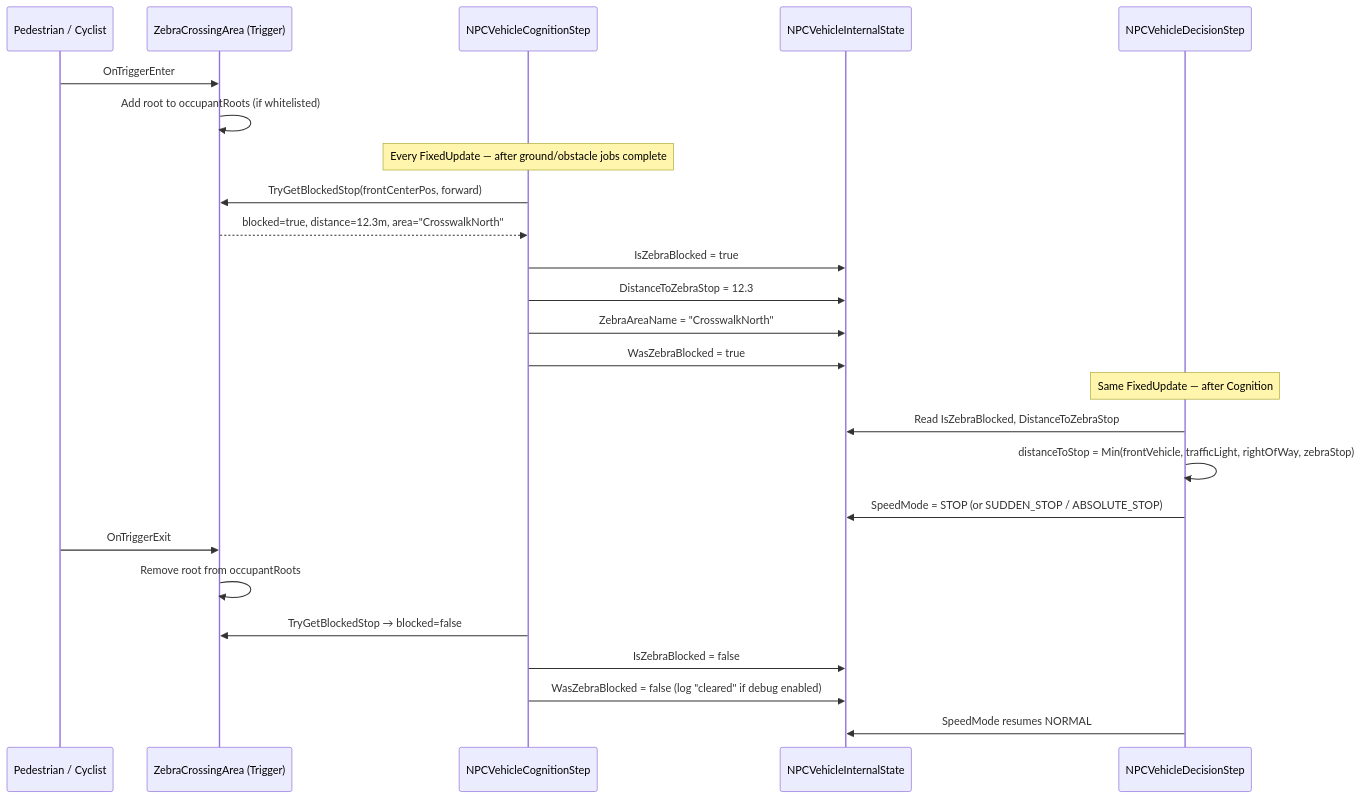
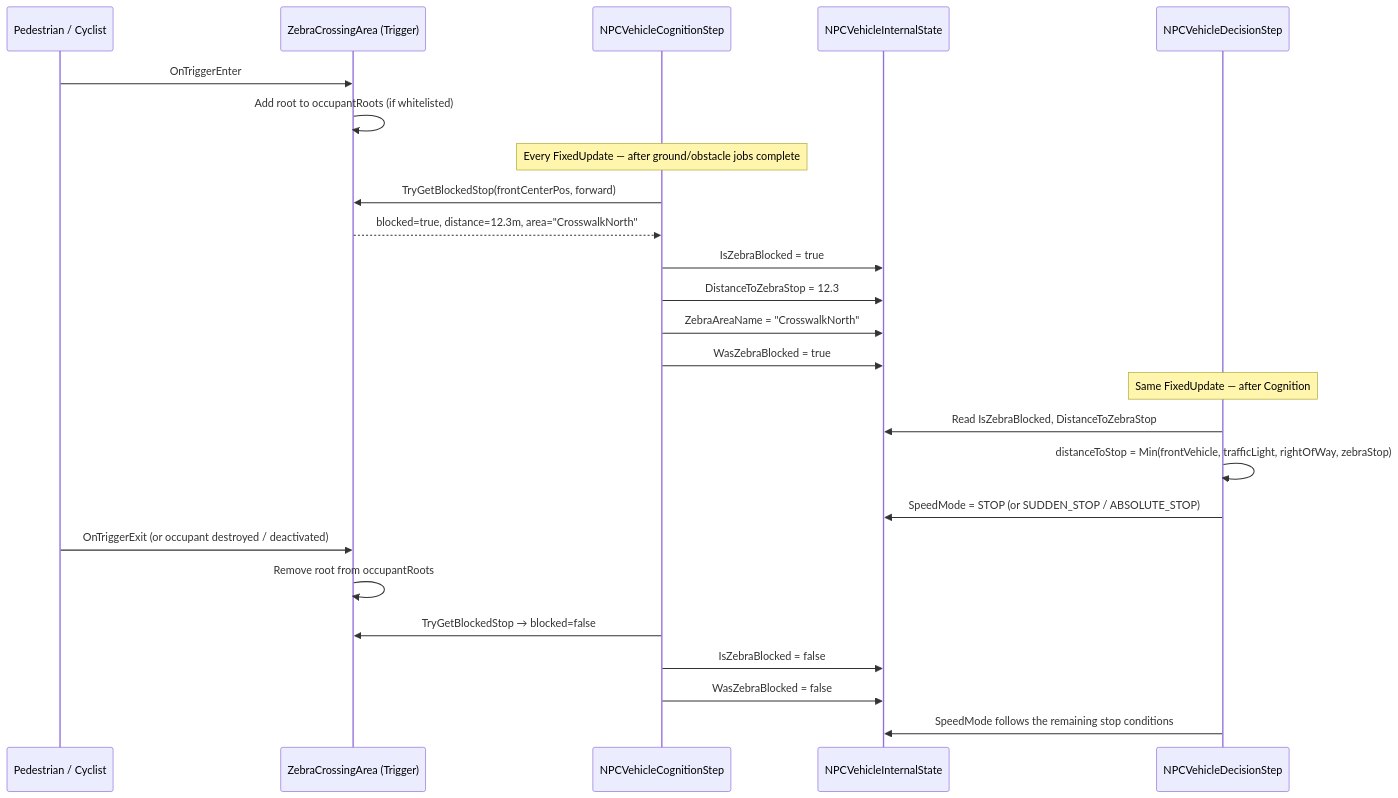
One commit to tlab-wide/V2X_E2E_Simulator changed the diagram in docs/Components/ZebraCrossing/index.md. Above: the diagram before and after it, drawn with Mermaid. The commit also changed other lines of this file and 21 other files, not shown here.

````diff
--- a/docs/Components/ZebraCrossing/index.md
+++ b/docs/Components/ZebraCrossing/index.md
@@ -16,31 +16,31 @@
 ```mermaid
 sequenceDiagram
     participant P as Pedestrian / Cyclist
     participant ZA as ZebraCrossingArea (Trigger)
     participant CS as NPCVehicleCognitionStep
     participant ST as NPCVehicleInternalState
     participant DS as NPCVehicleDecisionStep
 
     P->>ZA: OnTriggerEnter
     ZA->>ZA: Add root to occupantRoots (if whitelisted)
 
     Note over CS: Every FixedUpdate — after ground/obstacle jobs complete
     CS->>ZA: TryGetBlockedStop(frontCenterPos, forward)
     ZA-->>CS: blocked=true, distance=12.3m, area="CrosswalkNorth"
     CS->>ST: IsZebraBlocked = true
     CS->>ST: DistanceToZebraStop = 12.3
     CS->>ST: ZebraAreaName = "CrosswalkNorth"
     CS->>ST: WasZebraBlocked = true
 
     Note over DS: Same FixedUpdate — after Cognition
     DS->>ST: Read IsZebraBlocked, DistanceToZebraStop
     DS->>DS: distanceToStop = Min(frontVehicle, trafficLight, rightOfWay, zebraStop)
     DS->>ST: SpeedMode = STOP (or SUDDEN_STOP / ABSOLUTE_STOP)
 
-    P->>ZA: OnTriggerExit
+    P->>ZA: OnTriggerExit (or occupant destroyed / deactivated)
     ZA->>ZA: Remove root from occupantRoots
     CS->>ZA: TryGetBlockedStop → blocked=false
     CS->>ST: IsZebraBlocked = false
-    CS->>ST: WasZebraBlocked = false (log "cleared" if debug enabled)
-    DS->>ST: SpeedMode resumes NORMAL
+    CS->>ST: WasZebraBlocked = false
+    DS->>ST: SpeedMode follows the remaining stop conditions
 ```
````
